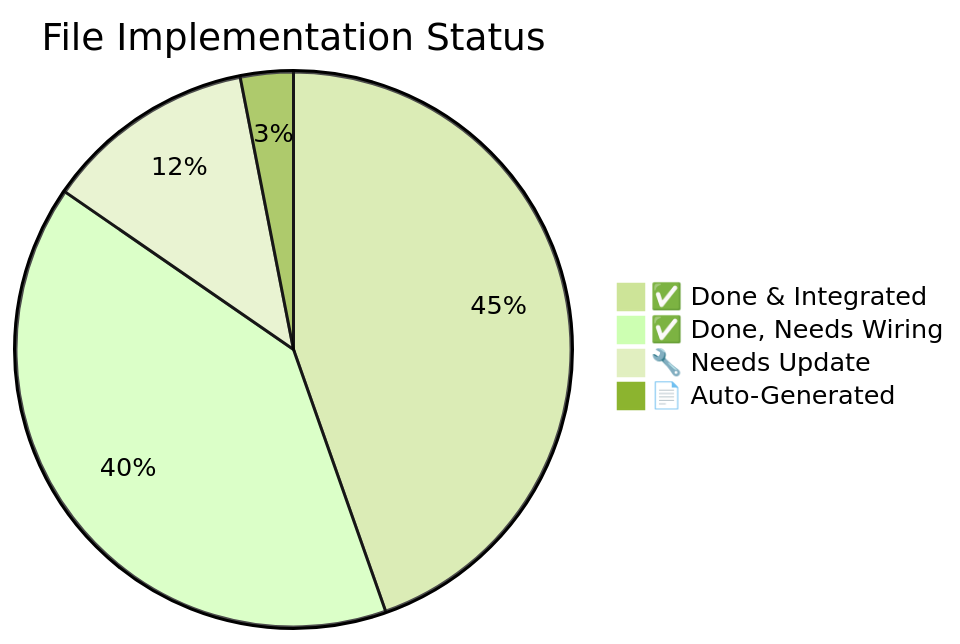
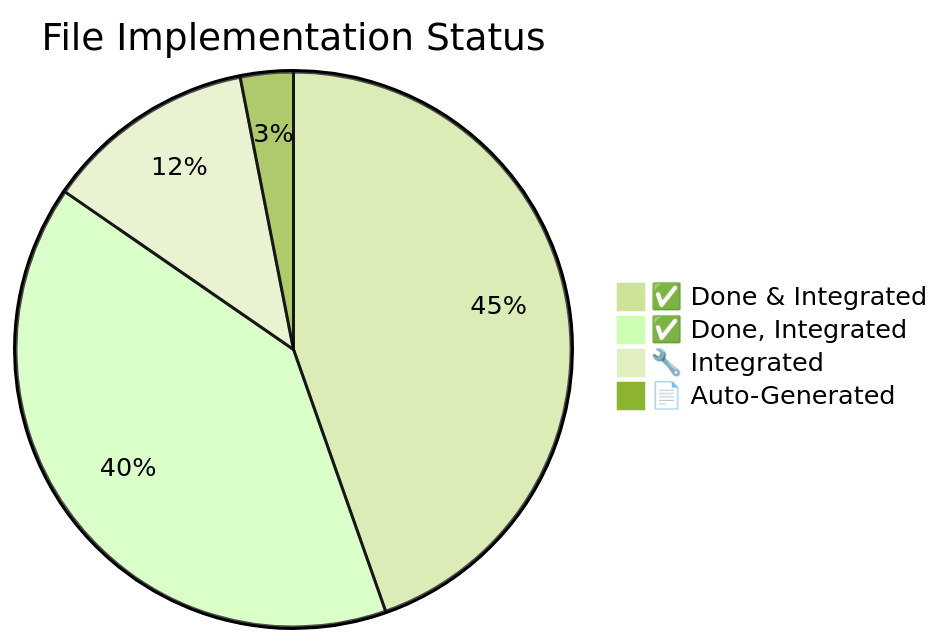
Before and after one commit to Tamizharuvi2006/Build-a-GPT: the first of 2 diagrams in docs/final_status_report.md, drawn with Mermaid (forest theme). The commit also changed other lines of this file, not shown here.

````diff
--- a/docs/final_status_report.md
+++ b/docs/final_status_report.md
@@ -9,7 +9,7 @@
 ```mermaid
 pie title File Implementation Status
     "✅ Done & Integrated" : 29
-    "✅ Done, Needs Wiring" : 26
-    "🔧 Needs Update" : 8
+    "✅ Done, Integrated" : 26
+    "🔧 Integrated" : 8
     "📄 Auto-Generated" : 2
 ```
````
